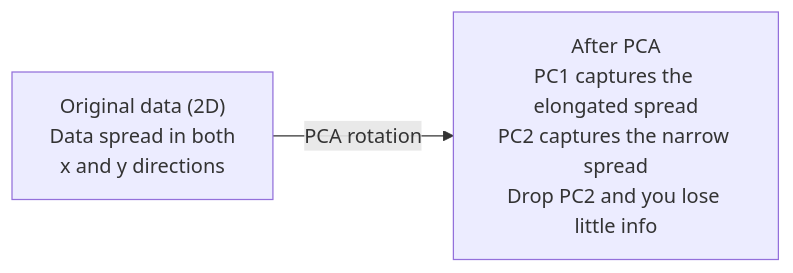
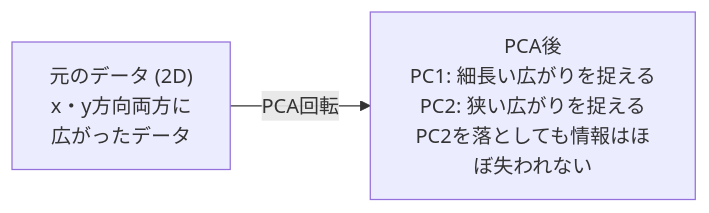
Before and after one commit to shoshoshomen/synapse-academy: the diagram in content/phases/01-math-foundations/10-dimensionality-reduction/lesson.ja.md, drawn with Mermaid. The commit also changed 124 other files, not shown here.

First line of the commit message:
feat(i18n): mermaid図のラベルを日本語化(194レッスン/374図)

````diff
--- a/content/phases/01-math-foundations/10-dimensionality-reduction/lesson.ja.md
+++ b/content/phases/01-math-foundations/10-dimensionality-reduction/lesson.ja.md
@@ -57,4 +57,4 @@
 ```mermaid
 graph LR
-    A["Original data (2D)\nData spread in both\nx and y directions"] -->|"PCA rotation"| B["After PCA\nPC1 captures the elongated spread\nPC2 captures the narrow spread\nDrop PC2 and you lose little info"]
+    A["元のデータ (2D)\nx・y方向両方に\n広がったデータ"] -->|"PCA回転"| B["PCA後\nPC1: 細長い広がりを捉える\nPC2: 狭い広がりを捉える\nPC2を落としても情報はほぼ失われない"]
 ```
````
